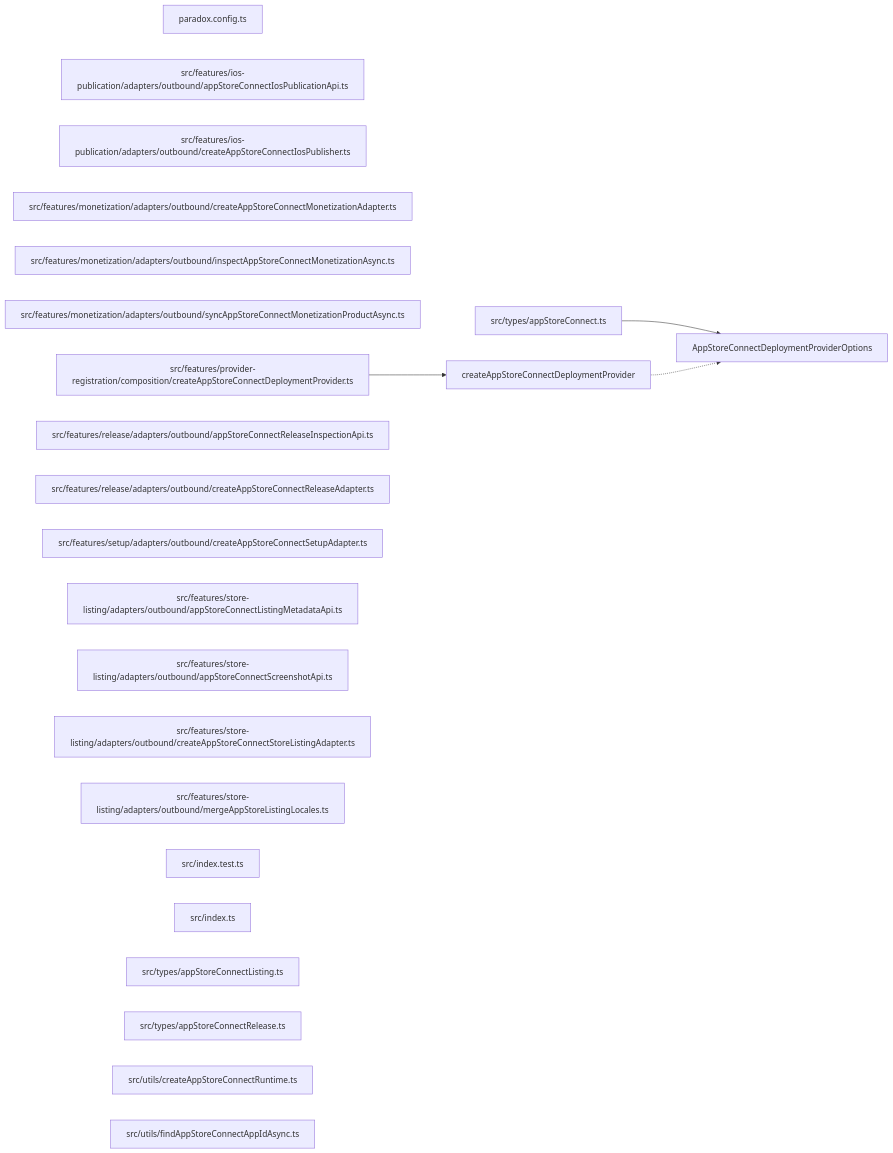
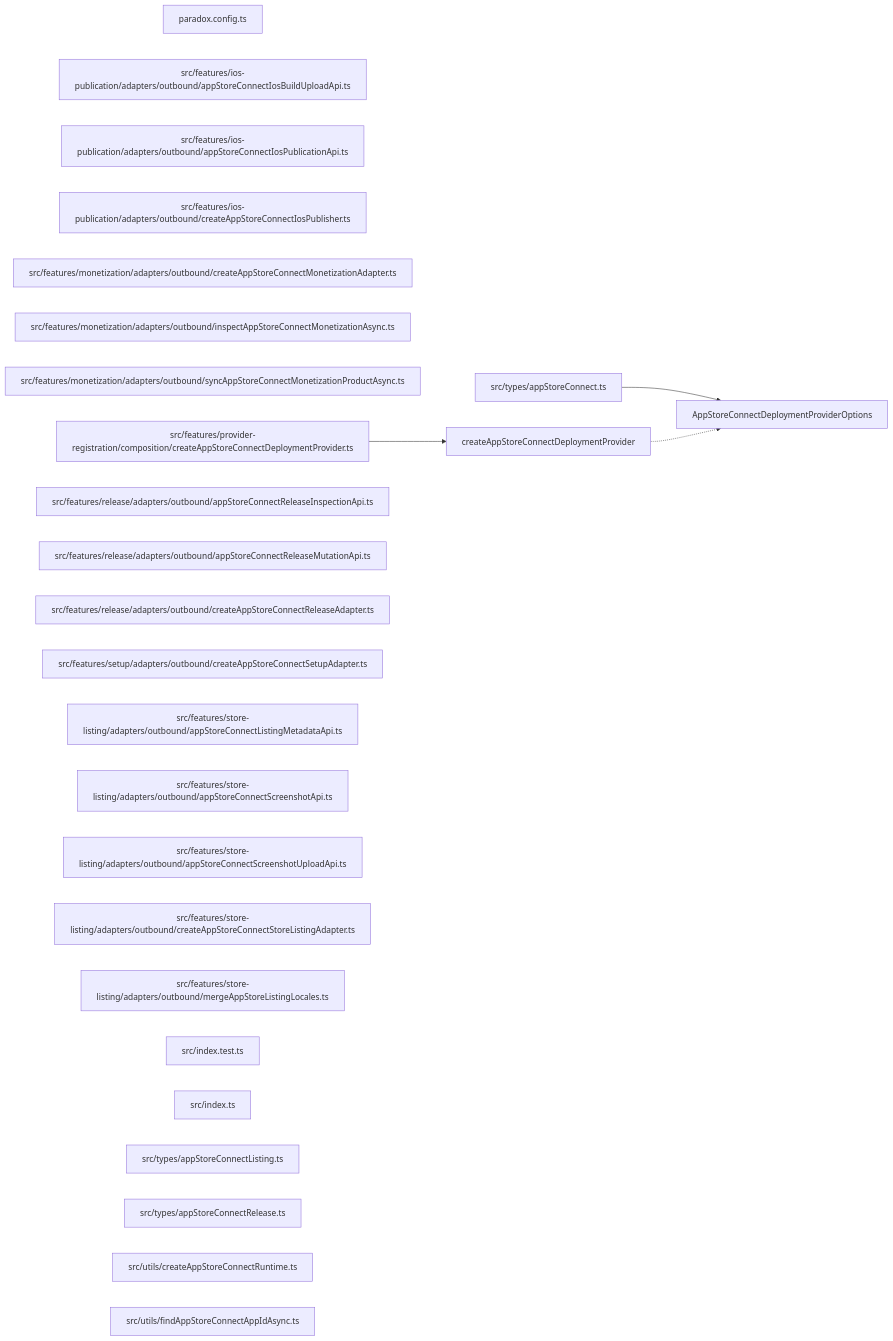
The diagram in paradox/diagrams/export-graph.mmd (ankhorage/deploy-provider-app-store-connect), drawn with Mermaid before and after one commit. The commit also changed 6 other files, not shown here.

```diff
--- a/paradox/diagrams/export-graph.mmd
+++ b/paradox/diagrams/export-graph.mmd
@@ -1,27 +1,30 @@
 graph LR
   module_paradox_config_ts["paradox.config.ts"]
+  module_src_features_ios_publication_adapters_outbound_appStoreConnectIosBuildUploadApi_ts["src/features/ios-publication/adapters/outbound/appStoreConnectIosBuildUploadApi.ts"]
   module_src_features_ios_publication_adapters_outbound_appStoreConnectIosPublicationApi_ts["src/features/ios-publication/adapters/outbound/appStoreConnectIosPublicationApi.ts"]
   module_src_features_ios_publication_adapters_outbound_createAppStoreConnectIosPublisher_ts["src/features/ios-publication/adapters/outbound/createAppStoreConnectIosPublisher.ts"]
   module_src_features_monetization_adapters_outbound_createAppStoreConnectMonetizationAdapter_ts["src/features/monetization/adapters/outbound/createAppStoreConnectMonetizationAdapter.ts"]
   module_src_features_monetization_adapters_outbound_inspectAppStoreConnectMonetizationAsync_ts["src/features/monetization/adapters/outbound/inspectAppStoreConnectMonetizationAsync.ts"]
   module_src_features_monetization_adapters_outbound_syncAppStoreConnectMonetizationProductAsync_ts["src/features/monetization/adapters/outbound/syncAppStoreConnectMonetizationProductAsync.ts"]
   module_src_features_provider_registration_composition_createAppStoreConnectDeploymentProvider_ts["src/features/provider-registration/composition/createAppStoreConnectDeploymentProvider.ts"]
   module_src_features_release_adapters_outbound_appStoreConnectReleaseInspectionApi_ts["src/features/release/adapters/outbound/appStoreConnectReleaseInspectionApi.ts"]
+  module_src_features_release_adapters_outbound_appStoreConnectReleaseMutationApi_ts["src/features/release/adapters/outbound/appStoreConnectReleaseMutationApi.ts"]
   module_src_features_release_adapters_outbound_createAppStoreConnectReleaseAdapter_ts["src/features/release/adapters/outbound/createAppStoreConnectReleaseAdapter.ts"]
   module_src_features_setup_adapters_outbound_createAppStoreConnectSetupAdapter_ts["src/features/setup/adapters/outbound/createAppStoreConnectSetupAdapter.ts"]
   module_src_features_store_listing_adapters_outbound_appStoreConnectListingMetadataApi_ts["src/features/store-listing/adapters/outbound/appStoreConnectListingMetadataApi.ts"]
   module_src_features_store_listing_adapters_outbound_appStoreConnectScreenshotApi_ts["src/features/store-listing/adapters/outbound/appStoreConnectScreenshotApi.ts"]
+  module_src_features_store_listing_adapters_outbound_appStoreConnectScreenshotUploadApi_ts["src/features/store-listing/adapters/outbound/appStoreConnectScreenshotUploadApi.ts"]
   module_src_features_store_listing_adapters_outbound_createAppStoreConnectStoreListingAdapter_ts["src/features/store-listing/adapters/outbound/createAppStoreConnectStoreListingAdapter.ts"]
   module_src_features_store_listing_adapters_outbound_mergeAppStoreListingLocales_ts["src/features/store-listing/adapters/outbound/mergeAppStoreListingLocales.ts"]
   module_src_index_test_ts["src/index.test.ts"]
   module_src_index_ts["src/index.ts"]
   module_src_types_appStoreConnect_ts["src/types/appStoreConnect.ts"]
   module_src_types_appStoreConnectListing_ts["src/types/appStoreConnectListing.ts"]
   module_src_types_appStoreConnectRelease_ts["src/types/appStoreConnectRelease.ts"]
   module_src_utils_createAppStoreConnectRuntime_ts["src/utils/createAppStoreConnectRuntime.ts"]
   module_src_utils_findAppStoreConnectAppIdAsync_ts["src/utils/findAppStoreConnectAppIdAsync.ts"]
   export_AppStoreConnectDeploymentProviderOptions["AppStoreConnectDeploymentProviderOptions"]
   module_src_types_appStoreConnect_ts --> export_AppStoreConnectDeploymentProviderOptions
   export_createAppStoreConnectDeploymentProvider["createAppStoreConnectDeploymentProvider"]
   module_src_features_provider_registration_composition_createAppStoreConnectDeploymentProvider_ts --> export_createAppStoreConnectDeploymentProvider
   export_createAppStoreConnectDeploymentProvider -.-> export_AppStoreConnectDeploymentProviderOptions
```
